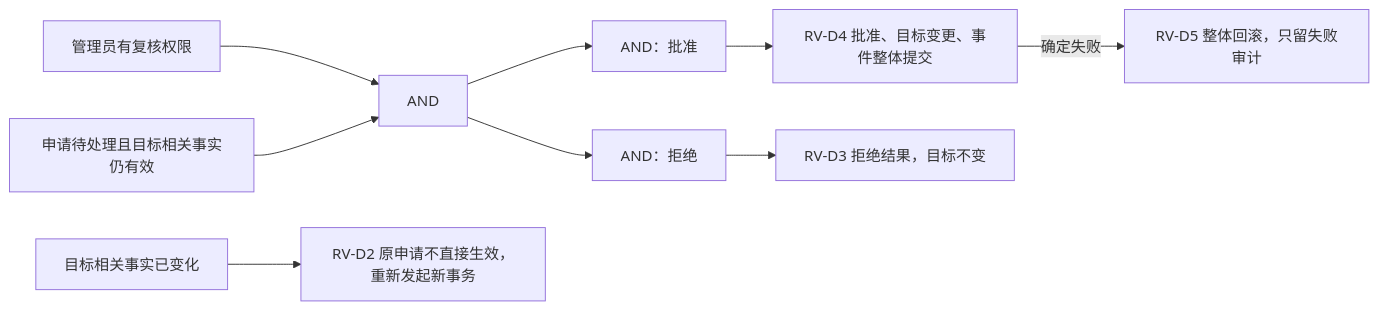
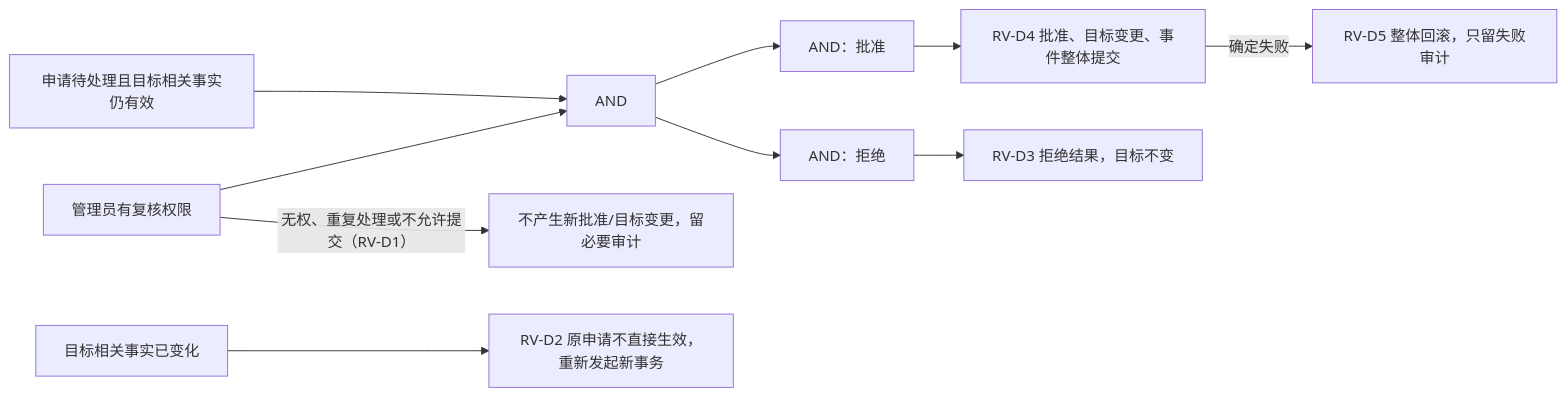
One commit to whitecait/MyLibrarySystem changed the seventh of 9 diagrams in docs/02-overall-design/MLS-DOC-OD-0003.md. Above: the diagram before and after it, drawn with Mermaid. The commit also changed other lines of this file and 2 other files, not shown here.

````diff
--- a/docs/02-overall-design/MLS-DOC-OD-0003.md
+++ b/docs/02-overall-design/MLS-DOC-OD-0003.md
@@ -225,9 +260,10 @@
 ```mermaid
 flowchart LR
     A["管理员有复核权限"] --> V["AND"]
+    A -->|"无权、重复处理或不允许提交（RV-D1）"| RV1["不产生新批准/目标变更，留必要审计"]
     B["申请待处理且目标相关事实仍有效"] --> V
     V --> PASS["AND：批准"] --> AT["RV-D4 批准、目标变更、事件整体提交"]
     V --> REJECT["AND：拒绝"] --> NO["RV-D3 拒绝结果，目标不变"]
     CH["目标相关事实已变化"] --> NEW["RV-D2 原申请不直接生效，重新发起新事务"]
     AT -->|"确定失败"| FAIL["RV-D5 整体回滚，只留失败审计"]
 ```
````
